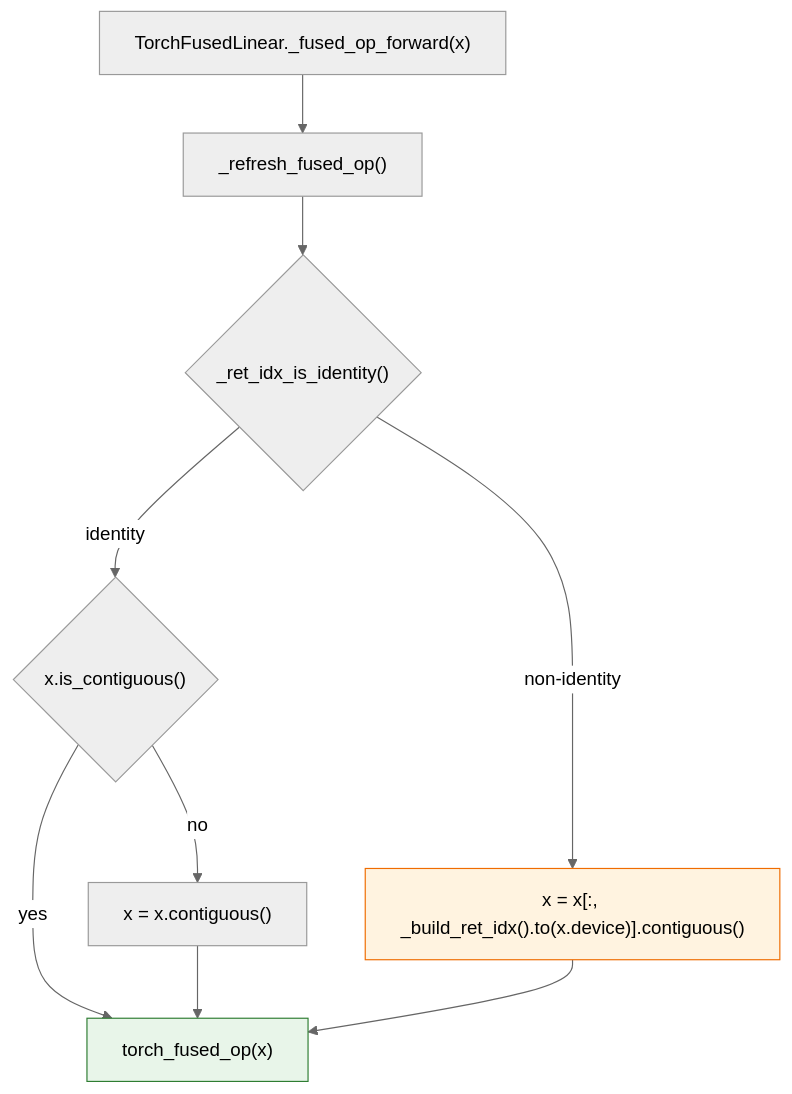
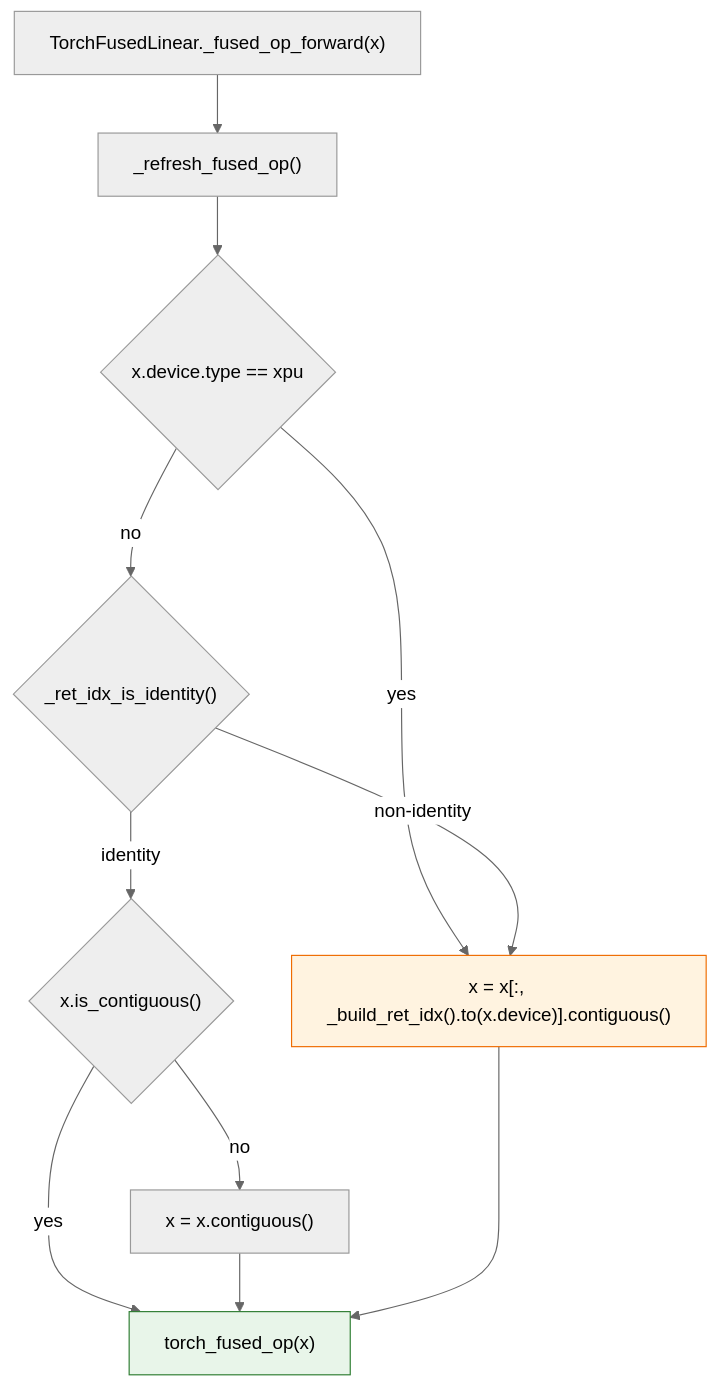
Before and after one commit to ModelCloud/GPTQModel: the first of 2 diagrams in docs/torch_fused_int4_transformations.md, drawn with Mermaid (neutral theme). The commit also changed other lines of this file and 3 other files, not shown here.

````diff
--- a/docs/torch_fused_int4_transformations.md
+++ b/docs/torch_fused_int4_transformations.md
@@ -190,13 +189,15 @@
 ```mermaid
 flowchart TD
     A["TorchFusedLinear._fused_op_forward(x)"] --> B["_refresh_fused_op()"]
-    B --> C{"_ret_idx_is_identity()"}
+    B --> X{"x.device.type == xpu"}
+    X -- "yes" --> G["x = x[:, _build_ret_idx().to(x.device)].contiguous()"]
+    X -- "no" --> C{"_ret_idx_is_identity()"}
     C -- "identity" --> D{"x.is_contiguous()"}
     D -- "yes" --> F["torch_fused_op(x)"]
     D -- "no" --> E["x = x.contiguous()"]
     E --> F
-    C -- "non-identity" --> G["x = x[:, _build_ret_idx().to(x.device)].contiguous()"]
+    C -- "non-identity" --> G
     G --> F
     style G fill:#fff3e0,stroke:#ef6c00
     style F fill:#e8f5e9,stroke:#2e7d32
 ```
````
